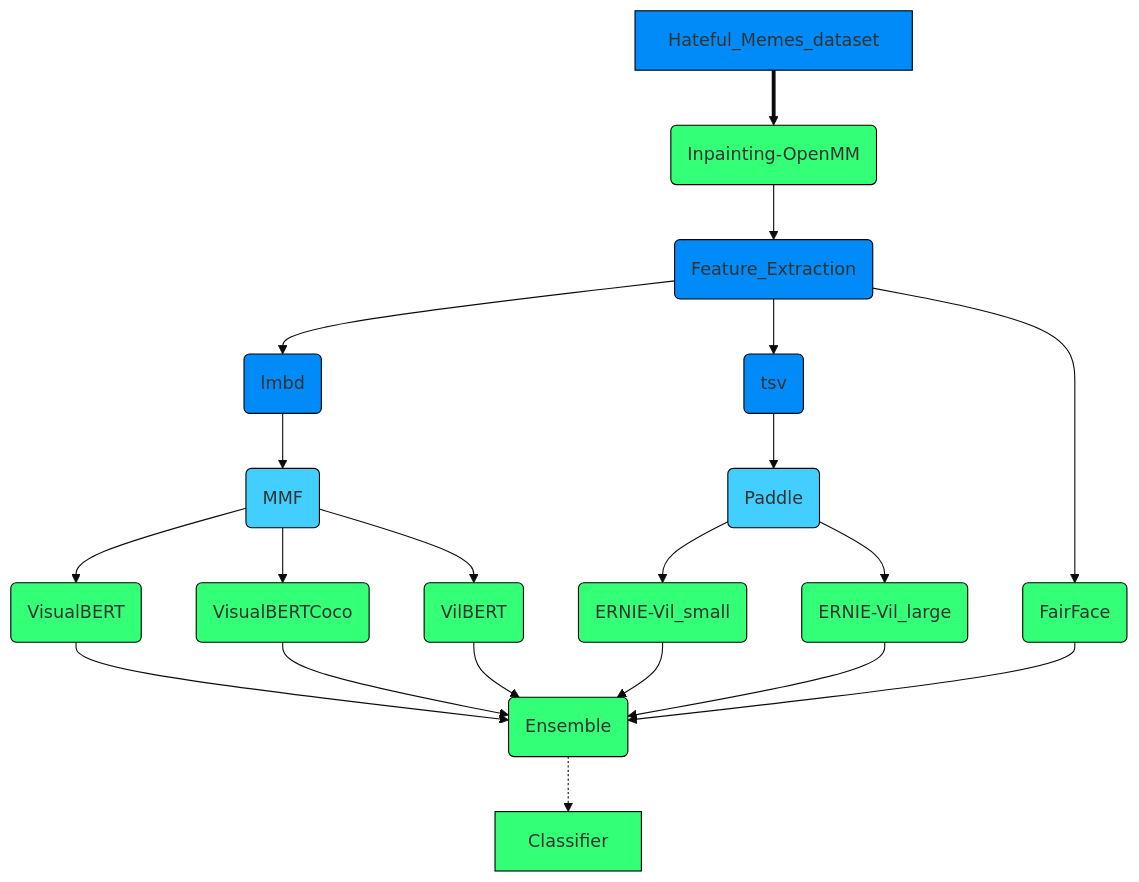
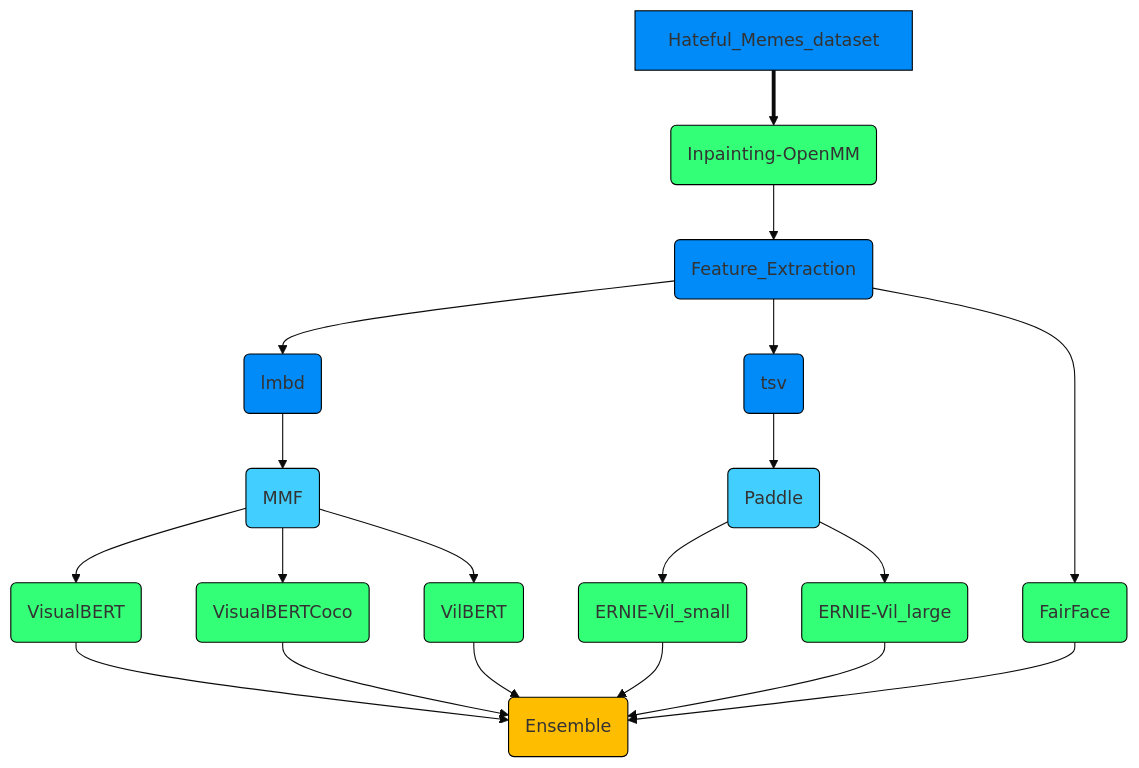
Before and after one commit to JanLeyva/approach_TFM: the diagram in README.md, drawn with Mermaid.

Commit message:
update colours diagram

````diff
--- a/README.md
+++ b/README.md
@@ -8,34 +8,32 @@
 ```mermaid
 %%{init: {'theme': 'base', 'themeVariables': { 'primaryColor': '#000000', 
 'edgeLabelBackground':'#000000', 'secondaryColor': '#000000','tertiaryColor': '#000000',
 'defaultLinkColor': '#000605'}}}%%
   graph TD;
       Hateful_Memes_dataset:::header==>B(Inpainting-OpenMM);
       B:::models-->C(Feature_Extraction)
       C:::header-->D(lmbd);
       C-->E(tsv);
       C-->N(FairFace);
       E:::header-->F(Paddle);
       F:::subheader-->G(ERNIE-Vil_small);
       F:::subheader-->M(ERNIE-Vil_large);
       D:::header-->H(MMF);
       H:::subheader-->I(VisualBERT);
       H-->J(VisualBERTCoco);
       H-->K(VilBERT);
       I:::models-->L(Ensemble);
       J:::models-->L;
       K:::models-->L;
       G:::models-->L;
       M:::models-->L;
       N:::models-->L;
-      L:::ensemble-.->Classifier;
-      Classifier:::classifier;
+      L:::ensemble;
       
       classDef header fill:#008BF8;
       classDef subheader fill:#42CEFF;
       classDef models fill:#33FF77;
-      classDef ensemble fill:#33FF77;
-      classDef classifier fill:#33FF77;
+      classDef ensemble fill:#FFBD00;
 
       
 ```
````
